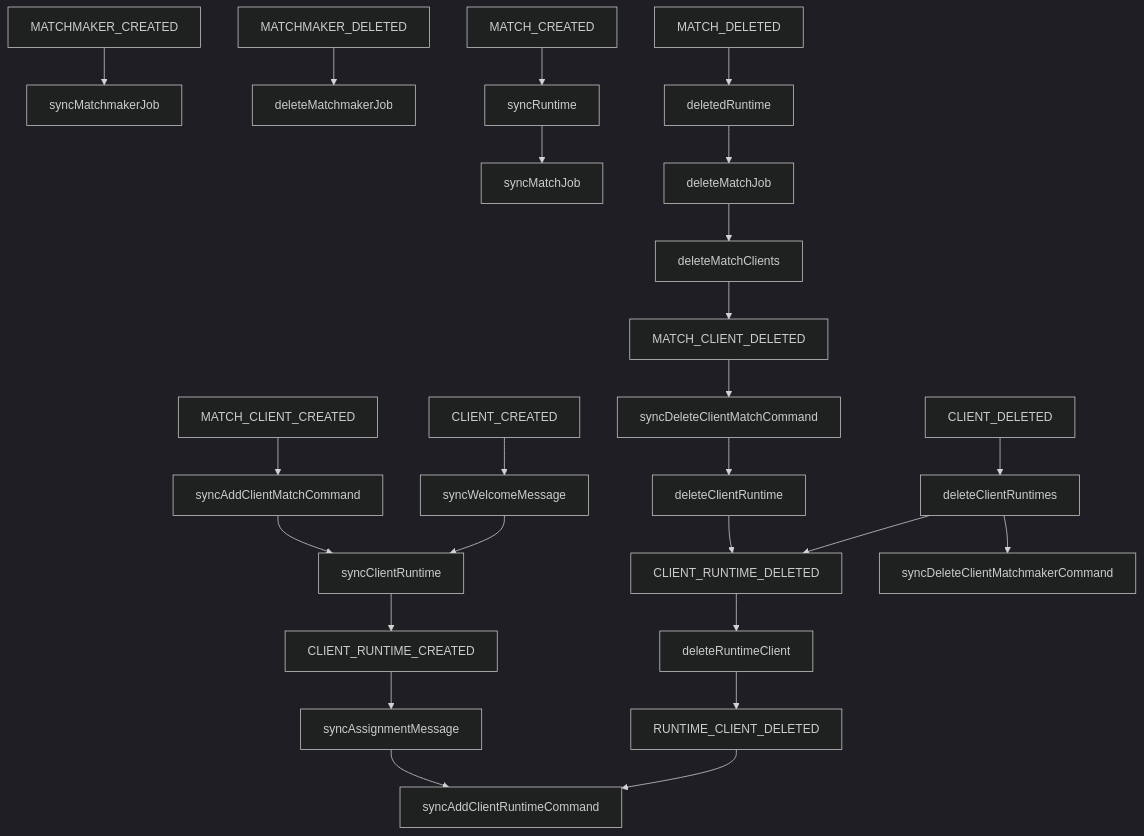
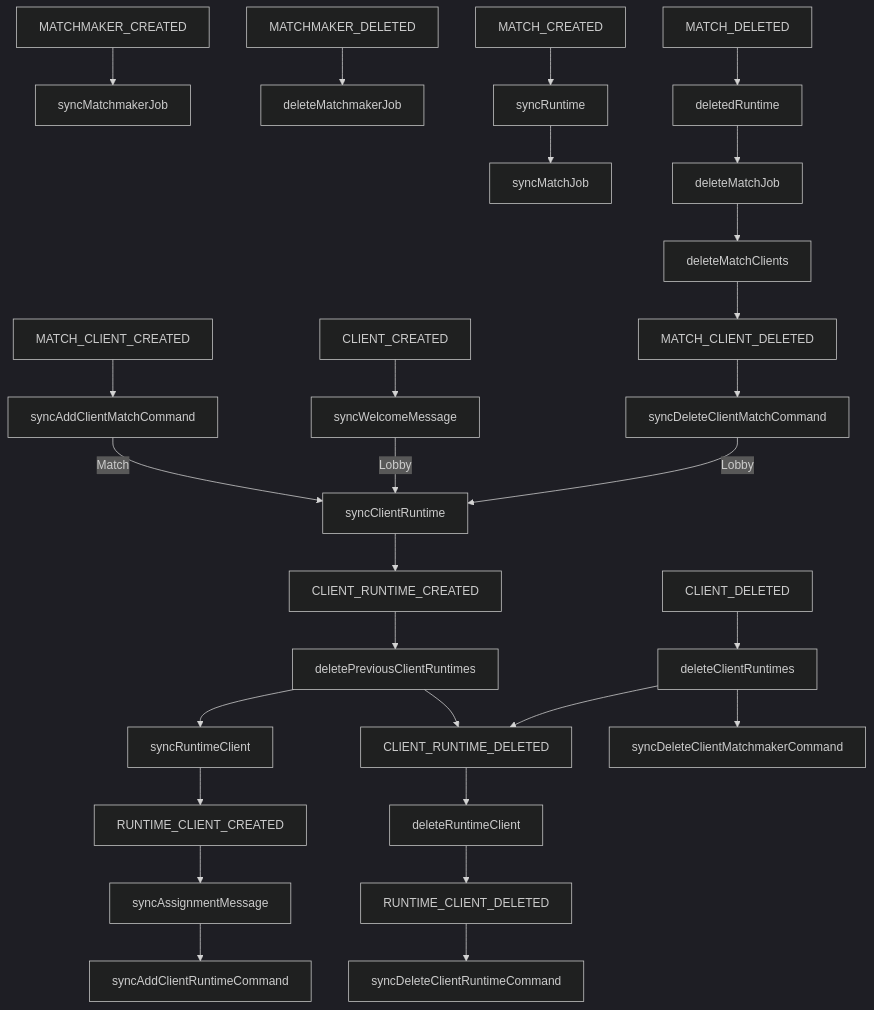
Before and after one commit to OMGSERVERS/omgservers: the diagram in omgservers-document/src/Omgservers.md, drawn with Mermaid (dark theme). The commit also changed 3 other files, not shown here.

Commit message:
Cleanup previous client runtimes; assign lobby after match

````diff
--- a/omgservers-document/src/Omgservers.md
+++ b/omgservers-document/src/Omgservers.md
@@ -3,35 +3,38 @@
 ```mermaid
 graph TD;
 
 MATCHMAKER_CREATED --> syncMatchmakerJob
 MATCHMAKER_DELETED --> deleteMatchmakerJob
 
 MATCH_CREATED --> syncRuntime
 syncRuntime --> syncMatchJob
 
 MATCH_CLIENT_CREATED --> syncAddClientMatchCommand
-syncAddClientMatchCommand --> syncClientRuntime
+syncAddClientMatchCommand -- Match --> syncClientRuntime
 
 CLIENT_CREATED --> syncWelcomeMessage
-syncWelcomeMessage --> syncClientRuntime
+syncWelcomeMessage -- Lobby --> syncClientRuntime
 syncClientRuntime --> CLIENT_RUNTIME_CREATED
-CLIENT_RUNTIME_CREATED --> syncAssignmentMessage
+CLIENT_RUNTIME_CREATED --> deletePreviousClientRuntimes
+deletePreviousClientRuntimes --> syncRuntimeClient
+deletePreviousClientRuntimes --> CLIENT_RUNTIME_DELETED
+syncRuntimeClient --> RUNTIME_CLIENT_CREATED
+RUNTIME_CLIENT_CREATED --> syncAssignmentMessage
 syncAssignmentMessage --> syncAddClientRuntimeCommand
 
 MATCH_DELETED --> deletedRuntime
 deletedRuntime --> deleteMatchJob
 deleteMatchJob --> deleteMatchClients
 deleteMatchClients --> MATCH_CLIENT_DELETED
 MATCH_CLIENT_DELETED --> syncDeleteClientMatchCommand
-syncDeleteClientMatchCommand --> deleteClientRuntime
-deleteClientRuntime --> CLIENT_RUNTIME_DELETED
+syncDeleteClientMatchCommand -- Lobby --> syncClientRuntime
 
 CLIENT_DELETED --> deleteClientRuntimes
 deleteClientRuntimes --> CLIENT_RUNTIME_DELETED
+deleteClientRuntimes --> syncDeleteClientMatchmakerCommand
 CLIENT_RUNTIME_DELETED --> deleteRuntimeClient
 deleteRuntimeClient --> RUNTIME_CLIENT_DELETED
-RUNTIME_CLIENT_DELETED --> syncAddClientRuntimeCommand
-deleteClientRuntimes --> syncDeleteClientMatchmakerCommand
+RUNTIME_CLIENT_DELETED --> syncDeleteClientRuntimeCommand
 
 
 ```
````
